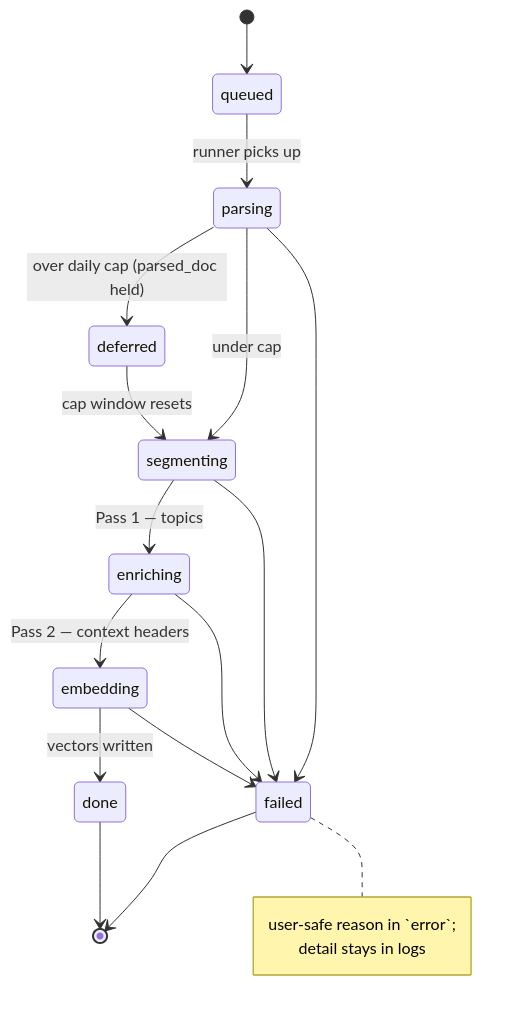
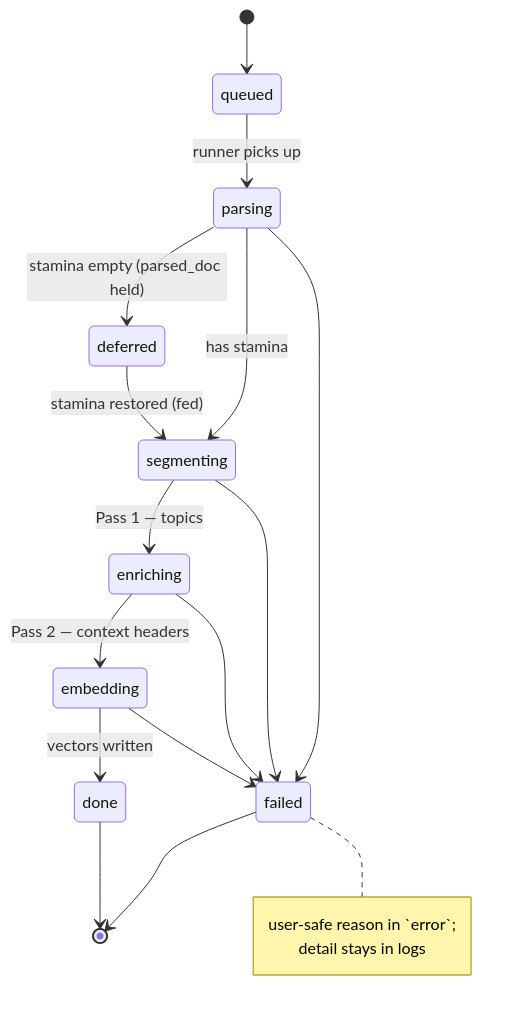
The second of 4 diagrams in docs/implementation.md (CobbleStamp/CobbleCompanion), drawn with Mermaid before and after one commit. The commit also changed other lines of this file and 87 other files, not shown here.

````diff
--- a/docs/implementation.md
+++ b/docs/implementation.md
@@ -179,21 +179,21 @@
 ```mermaid
 stateDiagram-v2
     [*] --> queued
     queued --> parsing : runner picks up
-    parsing --> deferred : over daily cap (parsed_doc held)
-    deferred --> segmenting : cap window resets
-    parsing --> segmenting : under cap
+    parsing --> deferred : stamina empty (parsed_doc held)
+    deferred --> segmenting : stamina restored (fed)
+    parsing --> segmenting : has stamina
     segmenting --> enriching : Pass 1 — topics
     enriching --> embedding : Pass 2 — context headers
     embedding --> done : vectors written
     done --> [*]
     parsing --> failed
     segmenting --> failed
     enriching --> failed
     embedding --> failed
     failed --> [*]
     note right of failed
         user-safe reason in `error`;
         detail stays in logs
     end note
 ```
````
